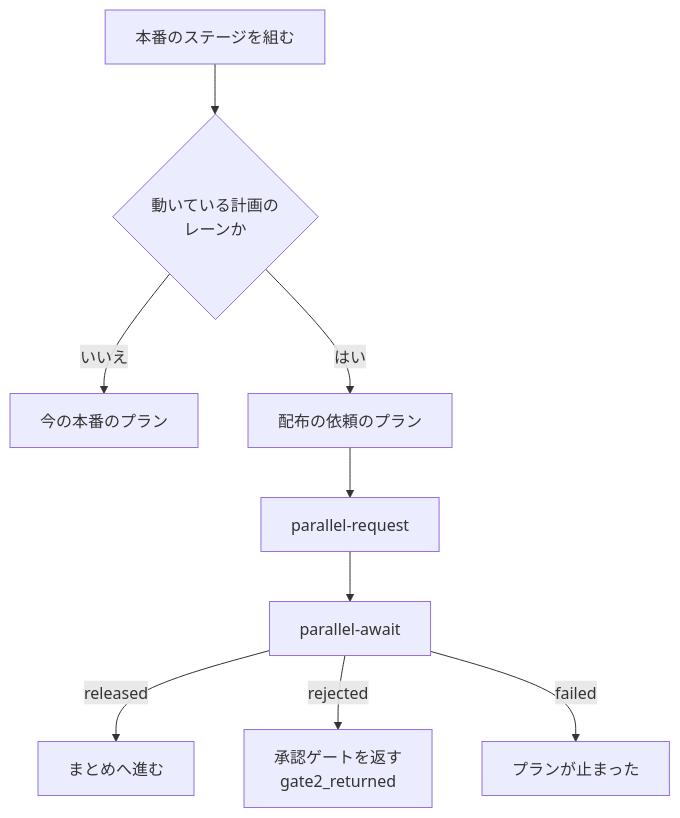
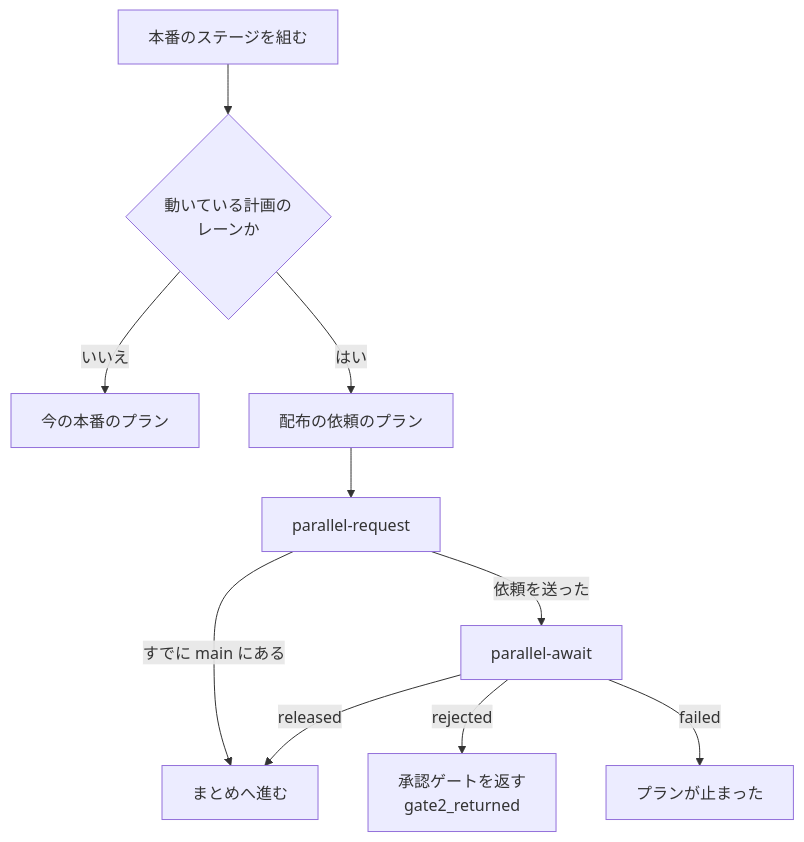
One commit to devbasex/ai-plugins changed the sixth of 7 diagrams in issues/issue-2436-design.md. Above: the diagram before and after it, drawn with Mermaid. The commit also changed other lines of this file and 4 other files, not shown here.

````diff
--- a/issues/issue-2436-design.md
+++ b/issues/issue-2436-design.md
@@ -352,11 +456,12 @@
 ```mermaid
 graph TD
     A[本番のステージを組む] --> B{動いている計画の<br/>レーンか}
     B -->|いいえ| C[今の本番のプラン]
     B -->|はい| D[配布の依頼のプラン]
     D --> E[parallel-request]
-    E --> F[parallel-await]
-    F -->|released| G[まとめへ進む]
+    E -->|すでに main にある| G[まとめへ進む]
+    E -->|依頼を送った| F[parallel-await]
+    F -->|released| G
     F -->|rejected| H[承認ゲートを返す<br/>gate2_returned]
     F -->|failed| I[プランが止まった]
 ```
````
